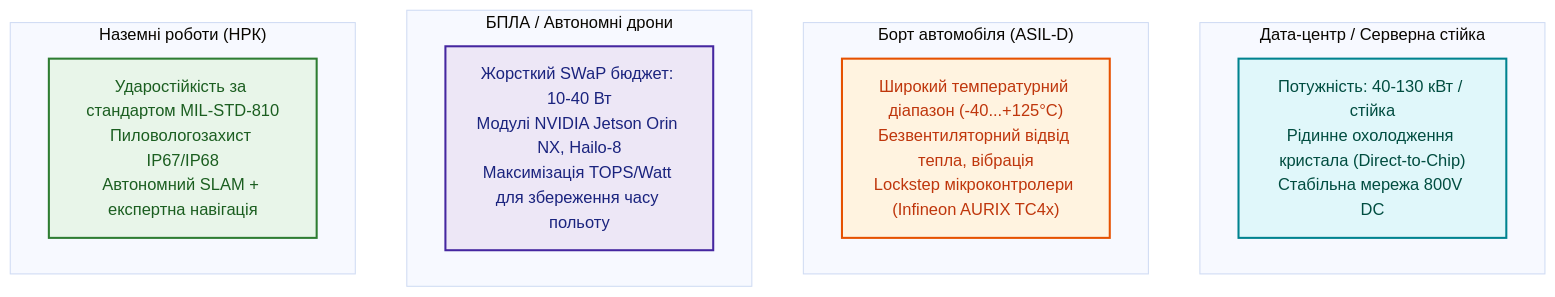
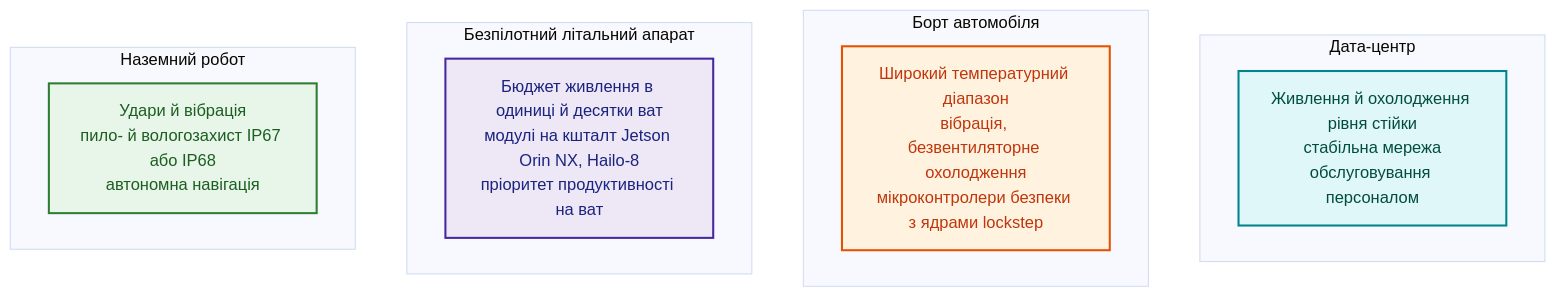
Before and after one commit to nick-fedchik/articles: the fifth of 7 diagrams in ExpertSystem/ch18-execution-infrastructure.md, drawn with Mermaid (base theme). The commit also changed other lines of this file, not shown here.

````diff
--- a/ExpertSystem/ch18-execution-infrastructure.md
+++ b/ExpertSystem/ch18-execution-infrastructure.md
@@ -223,31 +218,31 @@
 ```mermaid
 flowchart TD
-    accTitle: Специфіка фізичних умов розгортання експертних комплексів
-    accDescr: Порівняння вимог дата-центрів, автомобільної техніки, БПЛА та наземної робототехніки за критеріями потужності, захисту та надійності.
+    accTitle: Фізичні умови розгортання експертних систем
+    accDescr: Порівняння дата-центру, борту автомобіля, безпілотного літального апарата й наземного робота за потужністю, умовами експлуатації та апаратурою.
 
-    subgraph DC["Дата-центр / Серверна стійка"]
-        D1["Потужність: 40-130 кВт / стійка<br/>Рідинне охолодження кристала (Direct-to-Chip)<br/>Стабільна мережа 800V DC"]
+    subgraph DC["Дата-центр"]
+        D1["Живлення й охолодження рівня стійки<br/>стабільна мережа<br/>обслуговування персоналом"]
     end
 
-    subgraph Auto["Борт автомобіля (ASIL-D)"]
-        A1["Широкий температурний діапазон (-40...+125°C)<br/>Безвентиляторний відвід тепла, вібрація<br/>Lockstep мікроконтролери (Infineon AURIX TC4x)"]
+    subgraph Auto["Борт автомобіля"]
+        A1["Широкий температурний діапазон<br/>вібрація, безвентиляторне охолодження<br/>мікроконтролери безпеки з ядрами lockstep"]
     end
 
-    subgraph UAV["БПЛА / Автономні дрони"]
-        U1["Жорсткий SWaP бюджет: 10-40 Вт<br/>Модулі NVIDIA Jetson Orin NX, Hailo-8<br/>Максимізація TOPS/Watt для збереження часу польоту"]
+    subgraph UAV["Безпілотний літальний апарат"]
+        U1["Бюджет живлення в одиниці й десятки ват<br/>модулі на кшталт Jetson Orin NX, Hailo-8<br/>пріоритет продуктивності на ват"]
     end
 
-    subgraph UGV["Наземні роботи (НРК)"]
-        G1["Ударостійкість за стандартом MIL-STD-810<br/>Пиловологозахист IP67/IP68<br/>Автономний SLAM + експертна навігація"]
+    subgraph UGV["Наземний робот"]
+        G1["Удари й вібрація<br/>пило- й вологозахист IP67 або IP68<br/>автономна навігація"]
     end
 
     classDef dc fill:#e0f7fa,stroke:#00838f,stroke-width:2px,color:#004d40;
     classDef auto fill:#fff3e0,stroke:#e65100,stroke-width:2px,color:#bf360c;
     classDef uav fill:#ede7f6,stroke:#4527a0,stroke-width:2px,color:#1a237e;
     classDef ugv fill:#e8f5e9,stroke:#2e7d32,stroke-width:2px,color:#1b5e20;
 
     class D1 dc;
     class A1 auto;
     class U1 uav;
     class G1 ugv;
 ```
````
